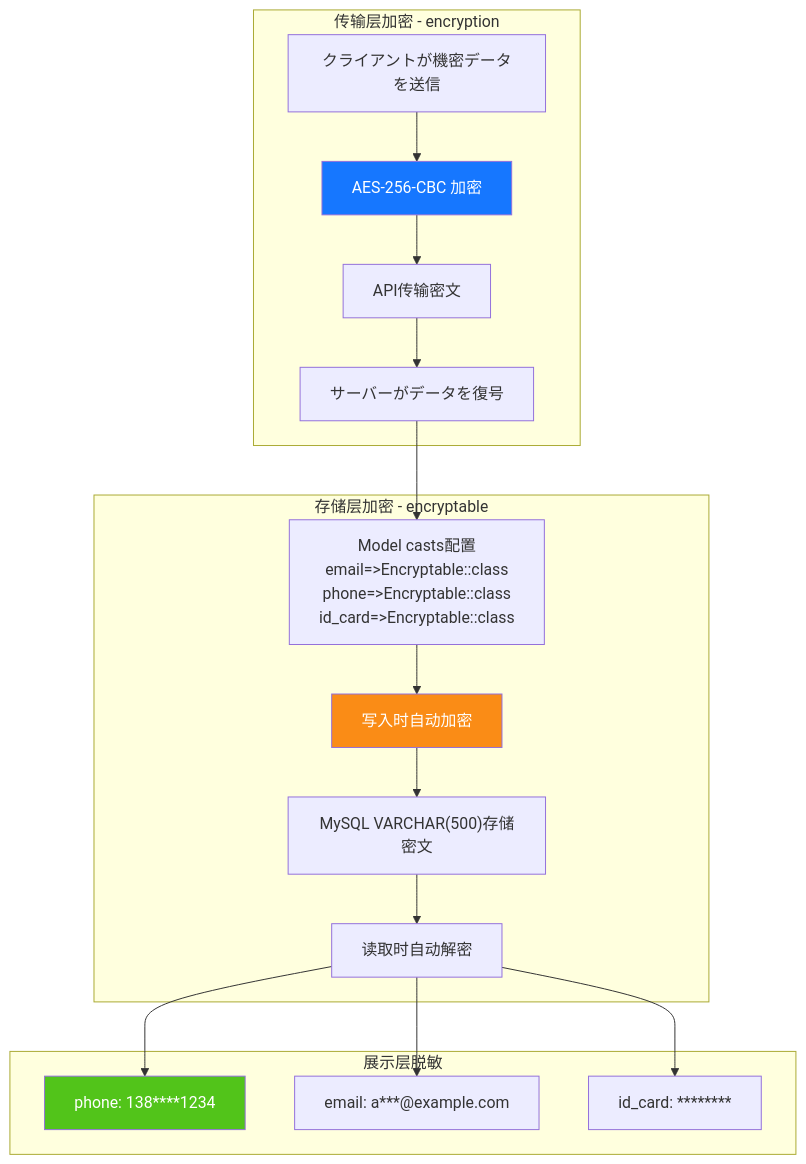
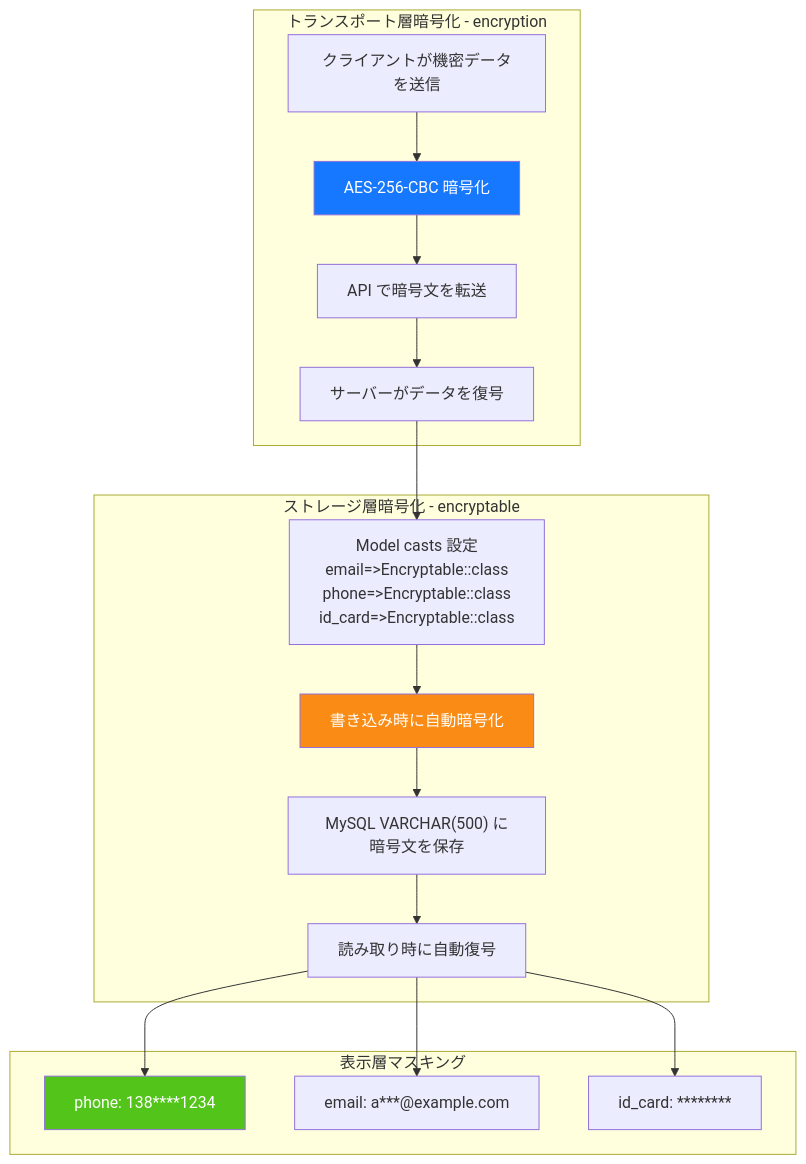
One commit to erikwang2013/game-platform-php changed the diagram in admin/docs/diagrams/07-encryption-layers.ja.md. Above: the diagram before and after it, drawn with Mermaid. The commit also changed 211 other files, not shown here.

First line of the commit message:
fix: 支付配置读回类型根治、提现事件对账巡检，12 语族 mermaid 与 API 标签本地化

````diff
--- a/admin/docs/diagrams/07-encryption-layers.ja.md
+++ b/admin/docs/diagrams/07-encryption-layers.ja.md
@@ -7,31 +7,31 @@
 ```mermaid
 flowchart TB
-    subgraph transport["传输层加密 - encryption"]
+    subgraph transport["トランスポート層暗号化 - encryption"]
         e1["クライアントが機密データを送信"]
-        e2["AES-256-CBC 加密"]
-        e3["API传输密文"]
+        e2["AES-256-CBC 暗号化"]
+        e3["API で暗号文を転送"]
         e4["サーバーがデータを復号"]
         e1 --> e2 --> e3 --> e4
     end
 
-    subgraph storage["存储层加密 - encryptable"]
-        d1["Model casts配置<br/>email=>Encryptable::class<br/>phone=>Encryptable::class<br/>id_card=>Encryptable::class"]
-        d2["写入时自动加密"]
-        d3["MySQL VARCHAR(500)存储密文"]
-        d4["读取时自动解密"]
+    subgraph storage["ストレージ層暗号化 - encryptable"]
+        d1["Model casts 設定<br/>email=>Encryptable::class<br/>phone=>Encryptable::class<br/>id_card=>Encryptable::class"]
+        d2["書き込み時に自動暗号化"]
+        d3["MySQL VARCHAR(500) に暗号文を保存"]
+        d4["読み取り時に自動復号"]
         d1 --> d2 --> d3 --> d4
     end
 
-    subgraph mask["展示层脱敏"]
+    subgraph mask["表示層マスキング"]
         m1["phone: 138****1234"]
         m2["email: a***@example.com"]
         m3["id_card: ********"]
         d4 --> m1 & m2 & m3
     end
 
     e4 --> d1
 
     style e2 fill:#1677FF,color:#fff
     style d2 fill:#FA8C16,color:#fff
     style m1 fill:#52C41A,color:#fff
 ```
````
